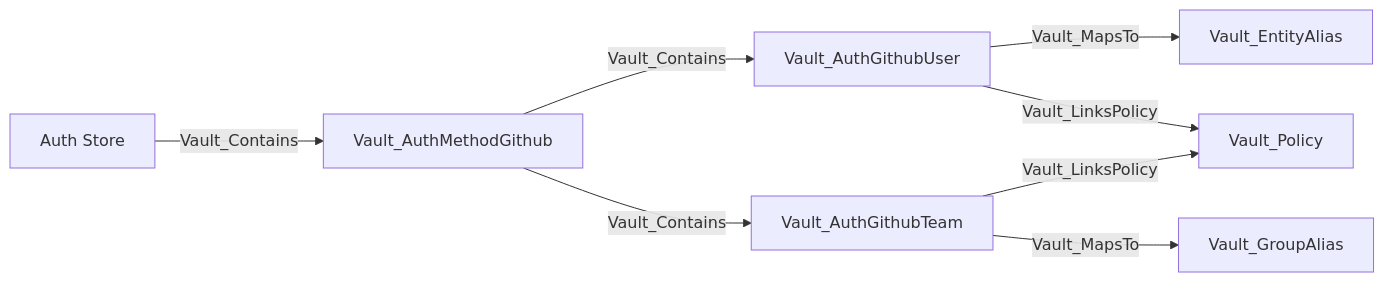
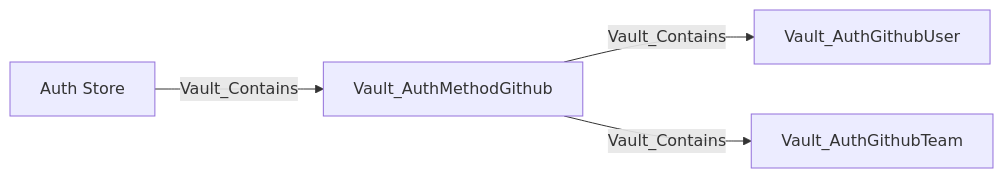
One commit to bytewreck/opengraph-vault changed diagram 13 of 39 in Documentation/stores/AUTH.md. Above: the diagram before and after it, drawn with Mermaid. The commit also changed other lines of this file and 3 other files, not shown here.

````diff
--- a/Documentation/stores/AUTH.md
+++ b/Documentation/stores/AUTH.md
@@ -242,10 +223,6 @@
 ```mermaid
 flowchart LR
     store[Auth Store] -->|Vault_Contains| method[Vault_AuthMethodGithub]
     method -->|Vault_Contains| user[Vault_AuthGithubUser]
     method -->|Vault_Contains| team[Vault_AuthGithubTeam]
-    user -->|Vault_MapsTo| alias[Vault_EntityAlias]
-    team -->|Vault_MapsTo| groupAlias[Vault_GroupAlias]
-    user -->|Vault_LinksPolicy| policy[Vault_Policy]
-    team -->|Vault_LinksPolicy| policy
 ```
````
